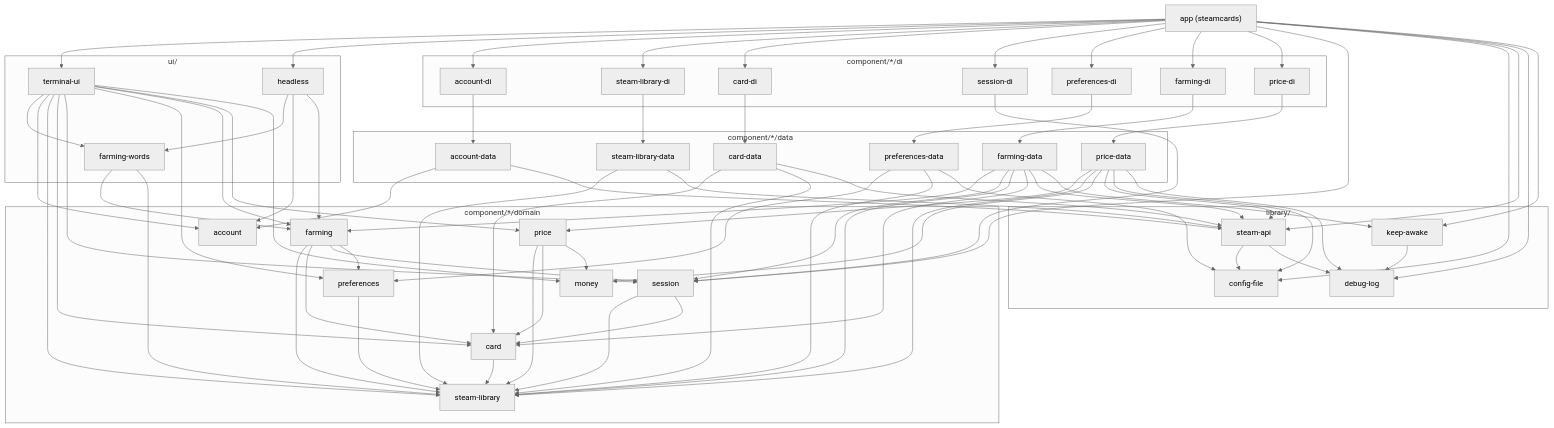
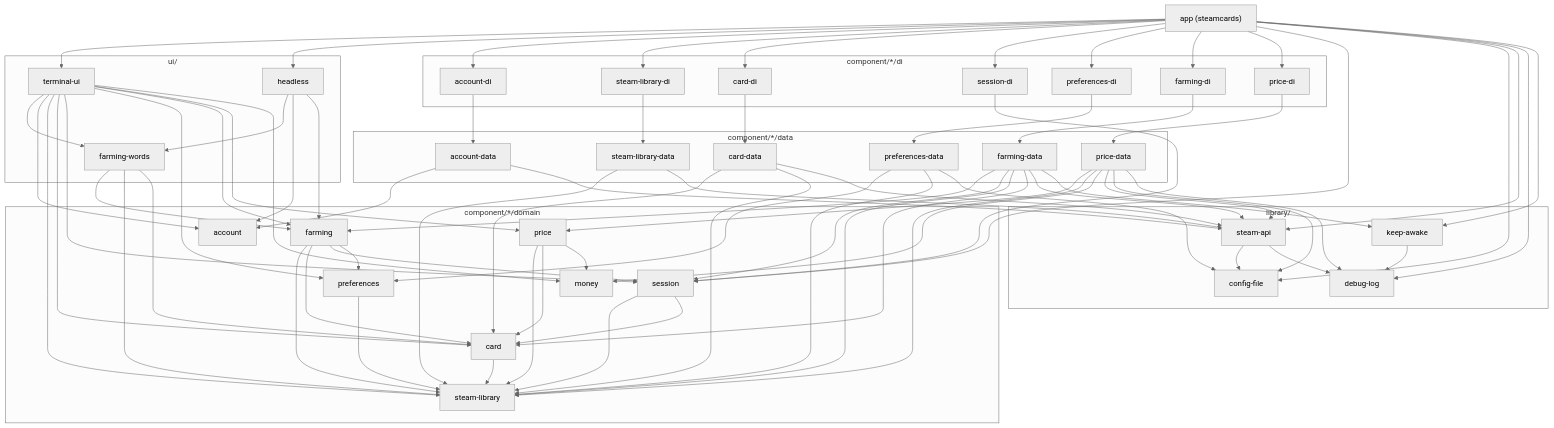
The diagram in docs/architecture.md (joshgallantt/steamcards), drawn with Mermaid (neutral theme) before and after one commit. The commit also changed other lines of this file and 48 other files, not shown here.

````diff
--- a/docs/architecture.md
+++ b/docs/architecture.md
@@ -413,72 +416,72 @@
 ```mermaid
 graph TD
     APP["app (steamcards)"]
 
     subgraph UI["ui/"]
         TUI[terminal-ui]
         HL[headless]
         FW[farming-words]
     end
 
     subgraph DI["component/*/di"]
         ADI[account-di]
         LDI[steam-library-di]
         CDI[card-di]
         SDI[session-di]
         PDI[preferences-di]
         FDI[farming-di]
         PRDI[price-di]
     end
 
     subgraph DATA["component/*/data"]
         AD[account-data]
         LD[steam-library-data]
         CD[card-data]
         PD[preferences-data]
         FD[farming-data]
         PRD[price-data]
     end
 
     subgraph DOMAIN["component/*/domain"]
         MON[money]
         ACC[account]
         LIB[steam-library]
         CARD[card]
         SES[session]
         PREF[preferences]
         FARM[farming]
         PRICE[price]
     end
 
     subgraph LIBS["library/"]
         SA[steam-api]
         CF[config-file]
         DL[debug-log]
         KA[keep-awake]
     end
 
     APP --> TUI & HL & ADI & LDI & CDI & SDI & PDI & FDI & PRDI & SES & CF & SA & DL & KA
     TUI --> FW & ACC & LIB & CARD & SES & PREF & FARM & PRICE & MON
     HL --> FW & ACC & FARM
-    FW --> FARM & LIB
+    FW --> FARM & LIB & CARD
     ADI --> AD
     LDI --> LD
     CDI --> CD
     PDI --> PD
     FDI --> FD
     SDI --> SES
     PRDI --> PRD
     AD --> ACC & SA
     LD --> LIB & SA
     CD --> CARD & LIB & SA
     PD --> PREF & LIB & CF
     FD --> FARM & SES & LIB & CARD & SA & KA
     PRD --> PRICE & LIB & MON & SA & CF & DL
     CARD --> LIB
     PREF --> LIB
     SES --> LIB & CARD
     FARM --> LIB & CARD & SES & PREF
     PRICE --> LIB & CARD & MON
     SA --> CF & DL
     KA --> DL
 ```
````
